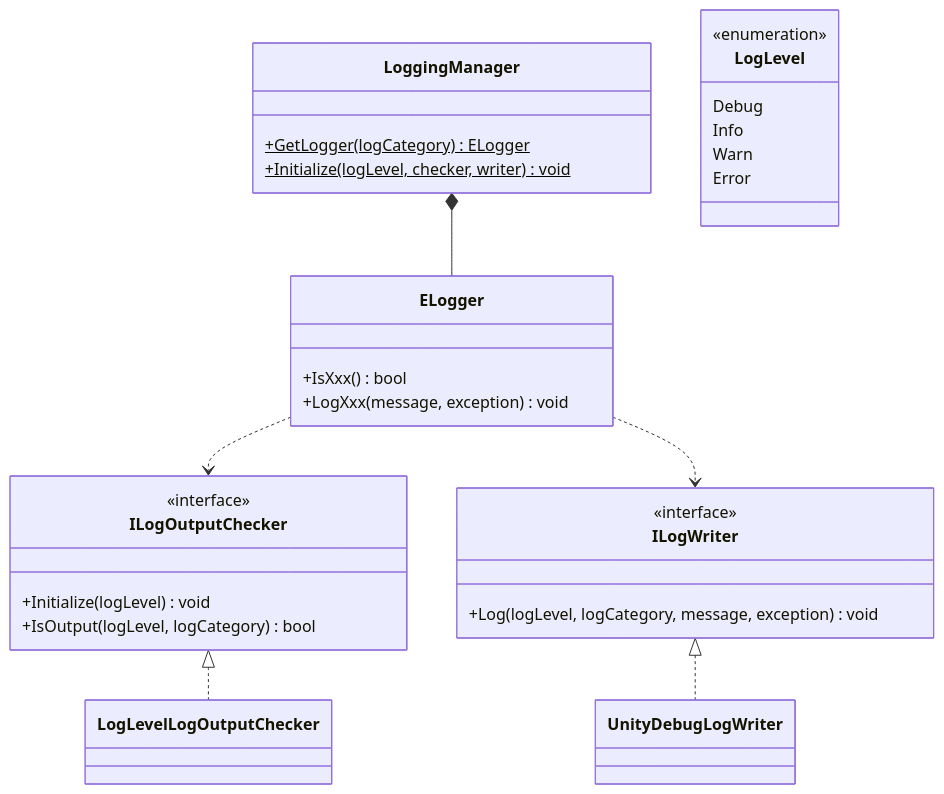
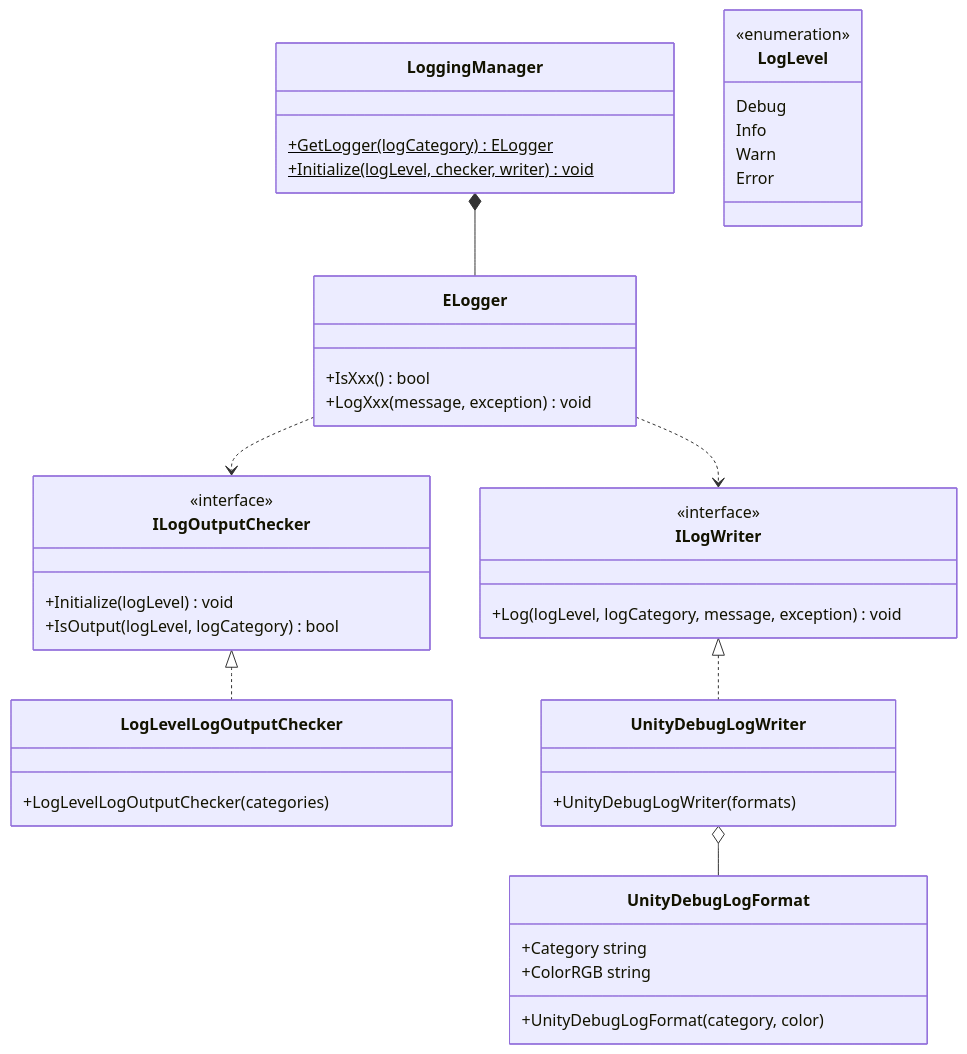
The first of 2 diagrams in docs/core/logging.md (extreal-dev/Extreal.Guide), drawn with Mermaid before and after one commit. The commit also changed other lines of this file and 3 other files, not shown here.

Commit message:
Add ability to customize log output using log categories (#41)

````diff
--- a/docs/core/logging.md
+++ b/docs/core/logging.md
@@ -58,44 +61,53 @@
 ```mermaid
 classDiagram
 
     LoggingManager *-- ELogger
     ELogger ..> ILogOutputChecker
     ELogger ..> ILogWriter
     ILogOutputChecker <|.. LogLevelLogOutputChecker
     ILogWriter <|.. UnityDebugLogWriter
+    UnityDebugLogWriter o-- UnityDebugLogFormat
 
     class LogLevel {
         <<enumeration>>
         Debug
         Info
         Warn
         Error
     }
 
     class ELogger {
         +IsXxx() bool
         +LogXxx(message, exception) void
     }
 
     class LoggingManager {
         +GetLogger(logCategory)$ ELogger
         +Initialize(logLevel, checker, writer)$ void
     }
 
     class ILogOutputChecker {
         <<interface>>
         +Initialize(logLevel) void
         +IsOutput(logLevel, logCategory) bool
     }
 
     class ILogWriter {
         <<interface>>
         +Log(logLevel, logCategory, message, exception) void
     }
 
     class LogLevelLogOutputChecker {
+        +LogLevelLogOutputChecker(categories)
     }
 
     class UnityDebugLogWriter {
+        +UnityDebugLogWriter(formats)
+    }
+    
+    class UnityDebugLogFormat {
+        +Category string
+        +ColorRGB string
+        +UnityDebugLogFormat(category, color)
     }
 ```
````
